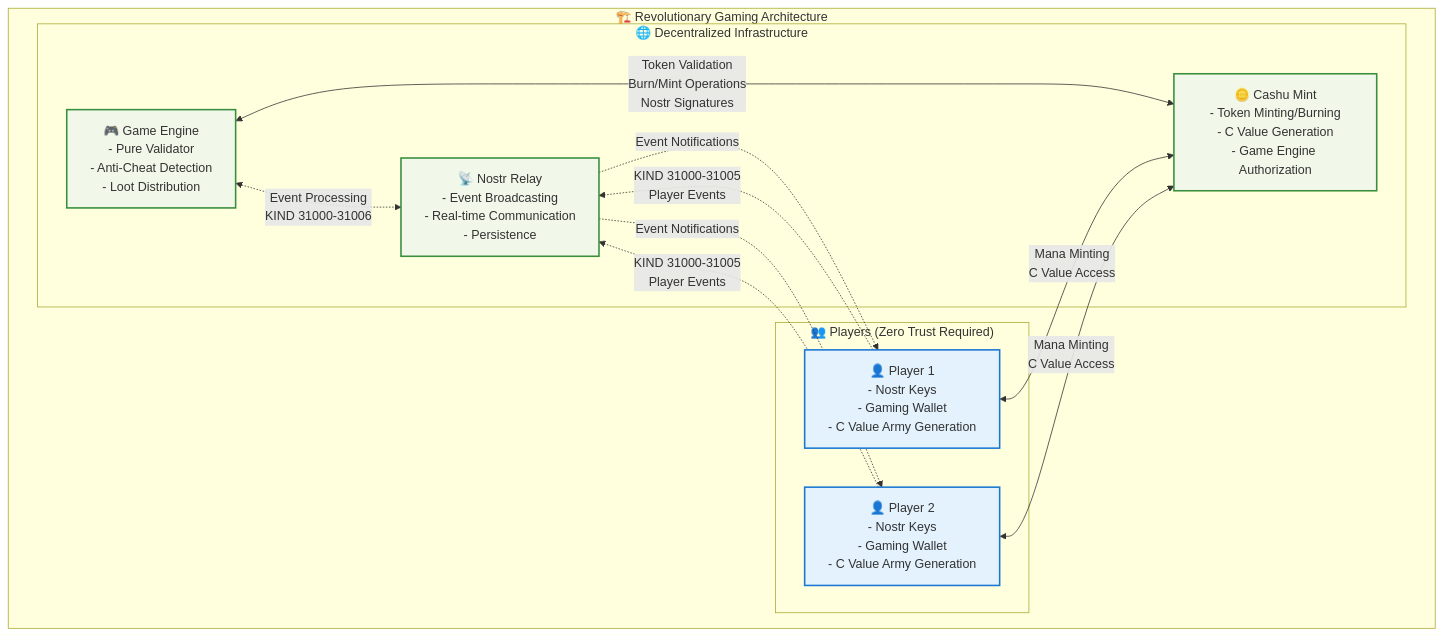
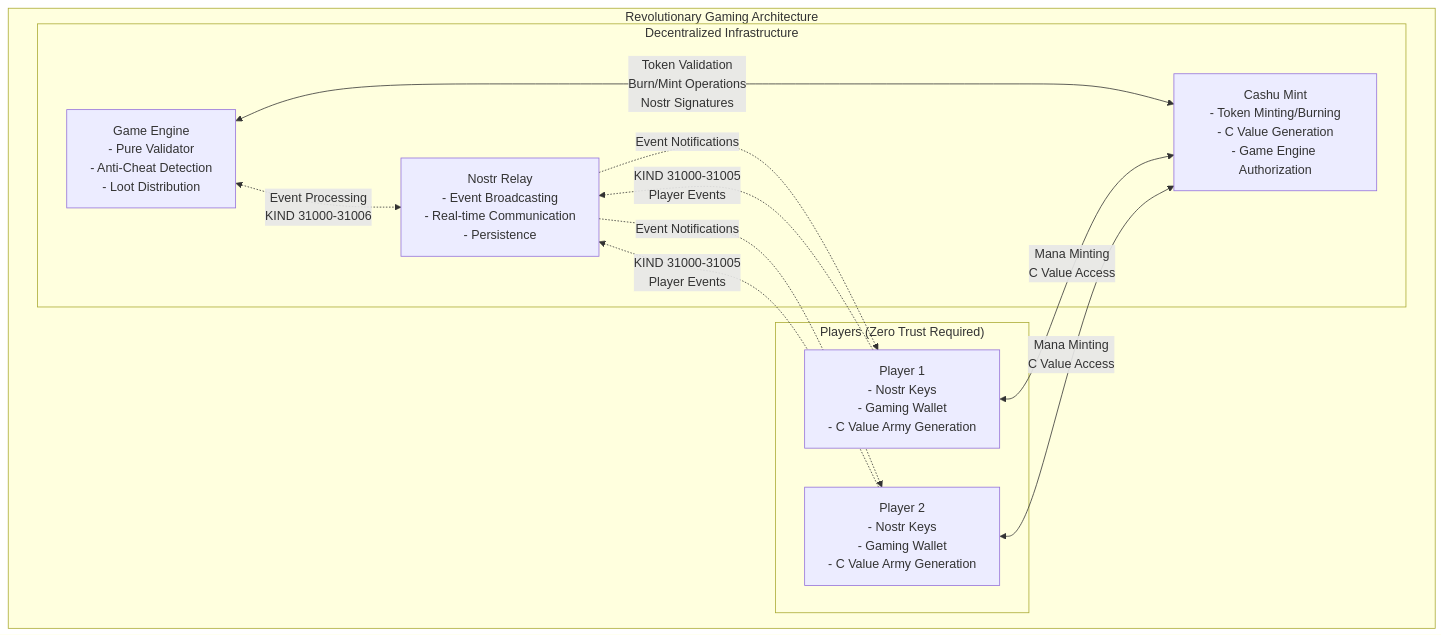
Before and after one commit to EthnTuttle/manastr: the third of 4 diagrams in docs/diagrams/INTEGRATION_TEST_FLOW.md, drawn with Mermaid. The commit also changed other lines of this file and 25 other files, not shown here.

````diff
--- a/docs/diagrams/INTEGRATION_TEST_FLOW.md
+++ b/docs/diagrams/INTEGRATION_TEST_FLOW.md
@@ -98,39 +89,28 @@
 ```mermaid
 graph TB
-    subgraph "🏗️ Revolutionary Gaming Architecture"
-        subgraph "👥 Players (Zero Trust Required)"
-            P1[👤 Player 1<br/>- Nostr Keys<br/>- Gaming Wallet<br/>- C Value Army Generation]
-            P2[👤 Player 2<br/>- Nostr Keys<br/>- Gaming Wallet<br/>- C Value Army Generation]
+    subgraph "Revolutionary Gaming Architecture"
+        subgraph "Players (Zero Trust Required)"
+            P1["Player 1<br/>- Nostr Keys<br/>- Gaming Wallet<br/>- C Value Army Generation"]
+            P2["Player 2<br/>- Nostr Keys<br/>- Gaming Wallet<br/>- C Value Army Generation"]
         end
         
-        subgraph "🌐 Decentralized Infrastructure"
-            Relay[📡 Nostr Relay<br/>- Event Broadcasting<br/>- Real-time Communication<br/>- Persistence]
+        subgraph "Decentralized Infrastructure"
+            Relay["Nostr Relay<br/>- Event Broadcasting<br/>- Real-time Communication<br/>- Persistence"]
             
-            Mint[🪙 Cashu Mint<br/>- Token Minting/Burning<br/>- C Value Generation<br/>- Game Engine Authorization]
+            Mint["Cashu Mint<br/>- Token Minting/Burning<br/>- C Value Generation<br/>- Game Engine Authorization"]
             
-            Engine[🎮 Game Engine<br/>- Pure Validator<br/>- Anti-Cheat Detection<br/>- Loot Distribution]
+            Engine["Game Engine<br/>- Pure Validator<br/>- Anti-Cheat Detection<br/>- Loot Distribution"]
         end
     end
 
-    %% Player Communications (via Nostr)
     P1 -.->|KIND 31000-31005<br/>Player Events| Relay
     P2 -.->|KIND 31000-31005<br/>Player Events| Relay
     Relay -.->|Event Notifications| P1
     Relay -.->|Event Notifications| P2
 
-    %% Game Engine Communications
     Engine <-.->|Event Processing<br/>KIND 31000-31006| Relay
     Engine <-->|Token Validation<br/>Burn/Mint Operations<br/>Nostr Signatures| Mint
 
-    %% Player-Mint Interactions
     P1 <-->|Mana Minting<br/>C Value Access| Mint
     P2 <-->|Mana Minting<br/>C Value Access| Mint
-
-    %% Styling
-    classDef player fill:#e3f2fd,stroke:#1976d2,stroke-width:2px
-    classDef infrastructure fill:#f1f8e9,stroke:#388e3c,stroke-width:2px
-    classDef communication stroke-dasharray: 5 5
-    
-    class P1,P2 player
-    class Relay,Mint,Engine infrastructure
 ```
````
